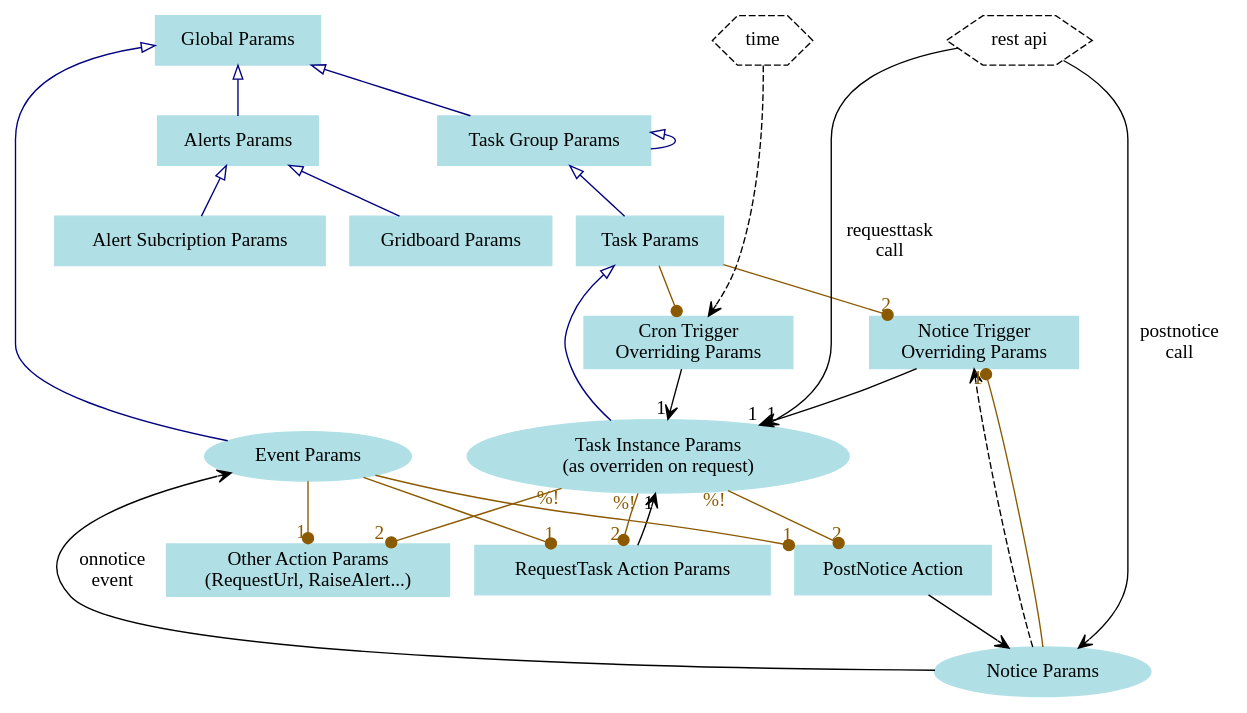
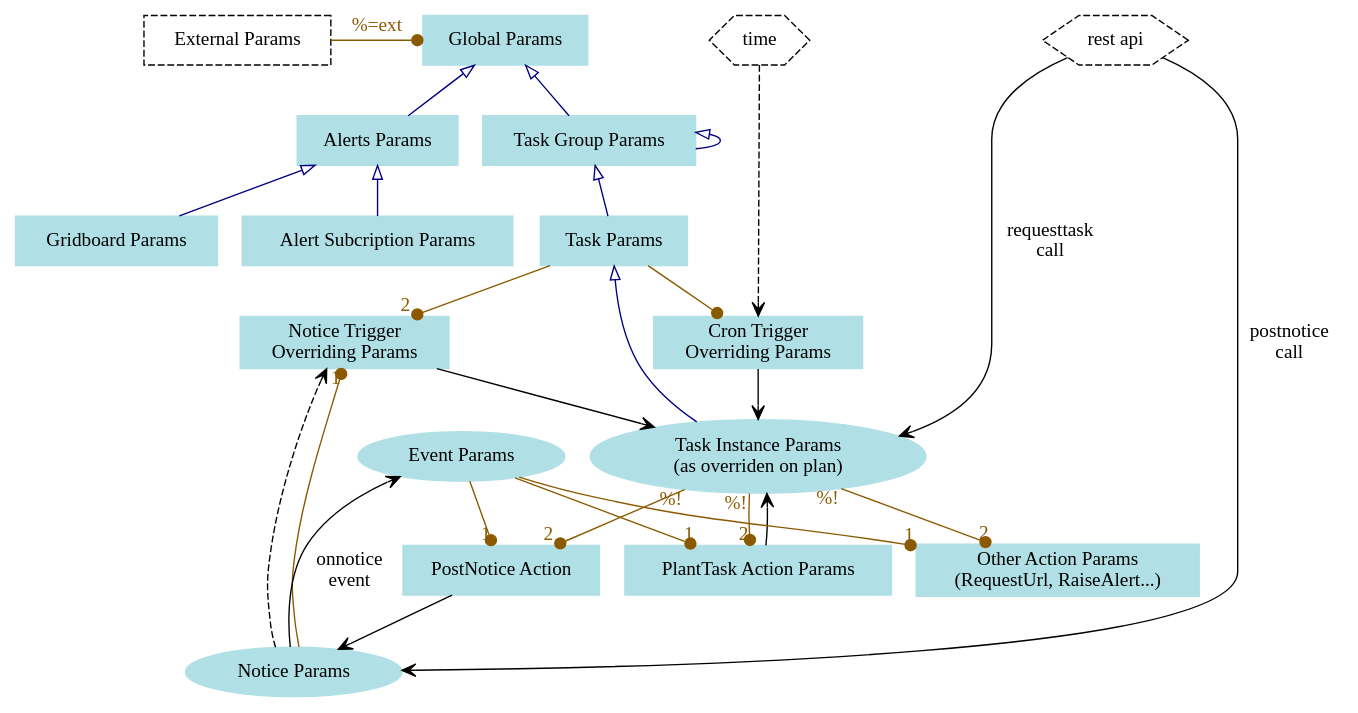
Before and after one commit to g76r/libqron: the diagram in doc/paramset_hierarchy.dot, drawn with Graphviz.

Commit message:
doc: updated paramset_hierarchy.dot (fixes and adding external params)

```diff
--- a/doc/paramset_hierarchy.dot
+++ b/doc/paramset_hierarchy.dot
@@ -1,71 +1,72 @@
 graph g {
 
 // configuration objects carrying params
 node [shape=box,style=filled,color=powderblue]
 global [label="Global Params"]
-{ rank=min; global } // sticked at the top
+external [label="External Params",style=dashed,color=""]
+{ rank=min; global; external; } // sticked at the top
 taskgroup [label="Task Group Params"]
 task [label="Task Params"]
 noticetrigger [label="Notice Trigger\nOverriding Params"]
 crontrigger [label="Cron Trigger\nOverriding Params"]
-requesttaskaction [label="RequestTask Action Params"]
+plantaskaction [label="PlantTask Action Params"]
 postnoticeaction [label="PostNotice Action"]
 otheraction [label="Other Action Params\n(RequestUrl, RaiseAlert...)"]
 alerts [label="Alerts Params"]
 //webconsole [label="Web Console Params"]
 alertsub [label="Alert Subcription Params"]
 gridboard [label="Gridboard Params"]
 
 // runtime objects carrying params
 node [shape=ellipse]
-taskinstance [label="Task Instance Params\n(as overriden on request)"]
+taskinstance [label="Task Instance Params\n(as overriden on plan)"]
 event [label="Event Params"]
 notice [label="Notice Params"]
 { rank=same; event; taskinstance } // hint to avoid layouts with notice above event
 
 // actors
 node [shape=hexagon,style=dashed,color=""]
 restapi [label="REST API"]
 time [label="time"]
 { rank=min; restapi; time; } // sticked at the top
 
 // ParamSet inheritage (mostly in configuration)
 edge [dir=back,arrowtail=onormal,color=navy,fontcolor=navy]
 global -- taskgroup -- taskgroup -- task
 task -- taskinstance
-global -- event
 global -- alerts -- alertsub
 alerts -- gridboard
 //global -- webconsole
 
 // parameter injection at runtime
 edge [dir=forward,arrowhead=vee,color=black,fontcolor=black]
-crontrigger -- taskinstance [headlabel=1]
-noticetrigger -- taskinstance [headlabel=1]
+crontrigger -- taskinstance
+noticetrigger -- taskinstance
 notice -- event [label="onnotice\nevent"]
 restapi [label="rest api"]
 restapi -- notice [label="postnotice\ncall"]
-requesttaskaction -- taskinstance [headlabel=1]
+plantaskaction -- taskinstance
 postnoticeaction -- notice
-restapi -- taskinstance [label="requesttask\ncall",headlabel=1]
+restapi -- taskinstance [label="requesttask\ncall"]
 
 // triggering w/o params
 time -- crontrigger [style=dashed]
 notice -- noticetrigger [style=dashed]
 
 // context for parameters evaluation
 edge [dir=forward,arrowhead=dot,color=orange4,fontcolor=orange4]
 notice -- noticetrigger [headlabel=1]
 task -- noticetrigger [headlabel=2]
 task -- crontrigger
 // note: taskinstance -- xxxaction edges make only sense when the event occurs
 //       within a task
 // note: taskinstance -- xxxaction edges only give visibility taskinstance %!
 //        params, not taskinstance's params being them overriden or not
-event -- requesttaskaction [headlabel=1]
-taskinstance -- requesttaskaction [taillabel="%!",headlabel=2]
+event -- plantaskaction [headlabel=1]
+taskinstance -- plantaskaction [taillabel="%!",headlabel=2]
 event -- postnoticeaction [headlabel=1]
 taskinstance -- postnoticeaction [taillabel="%!",headlabel=2]
 event -- otheraction [headlabel=1]
 taskinstance -- otheraction [taillabel="%!",headlabel=2]
+external -- global [label="%=ext"]
 }
```
